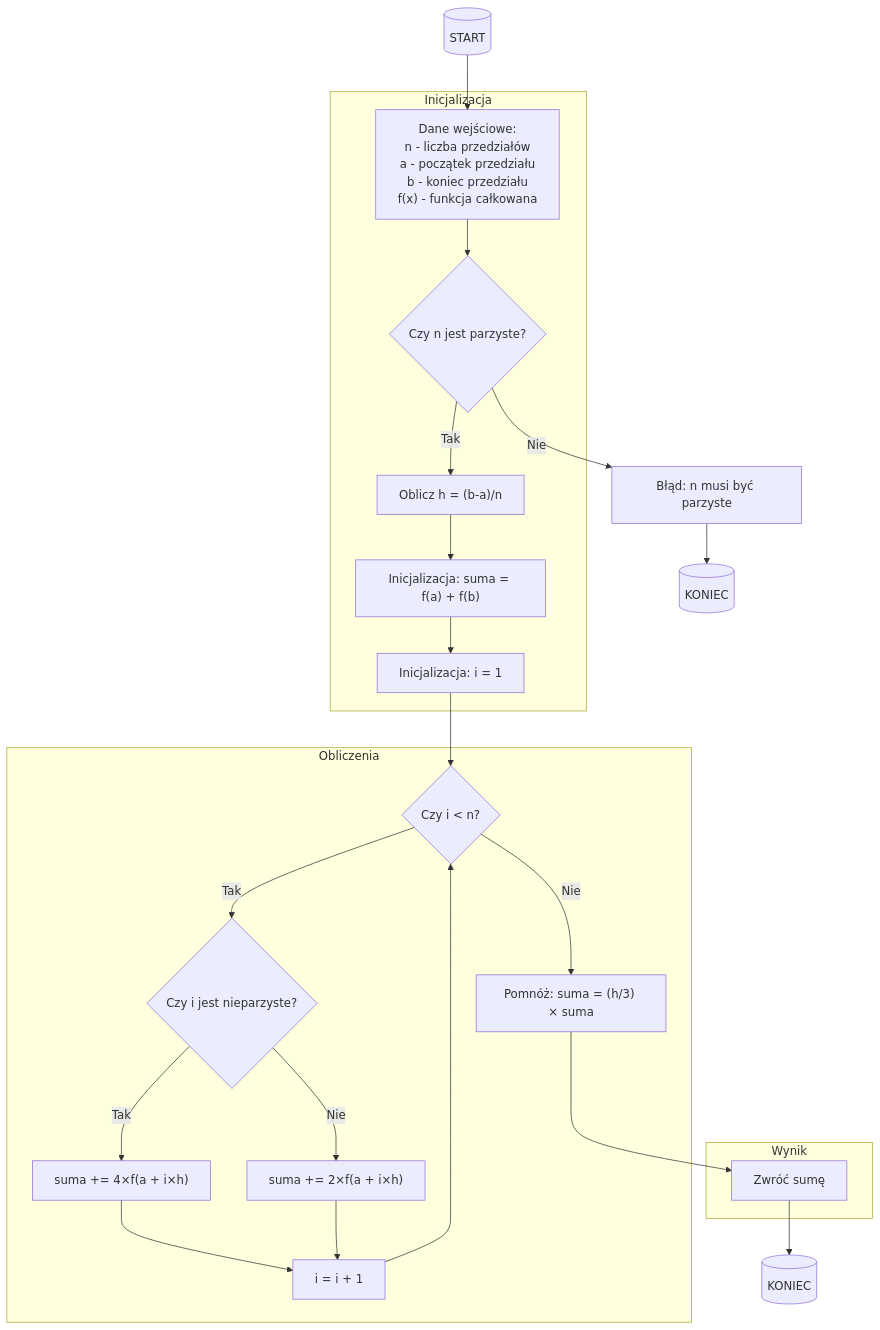
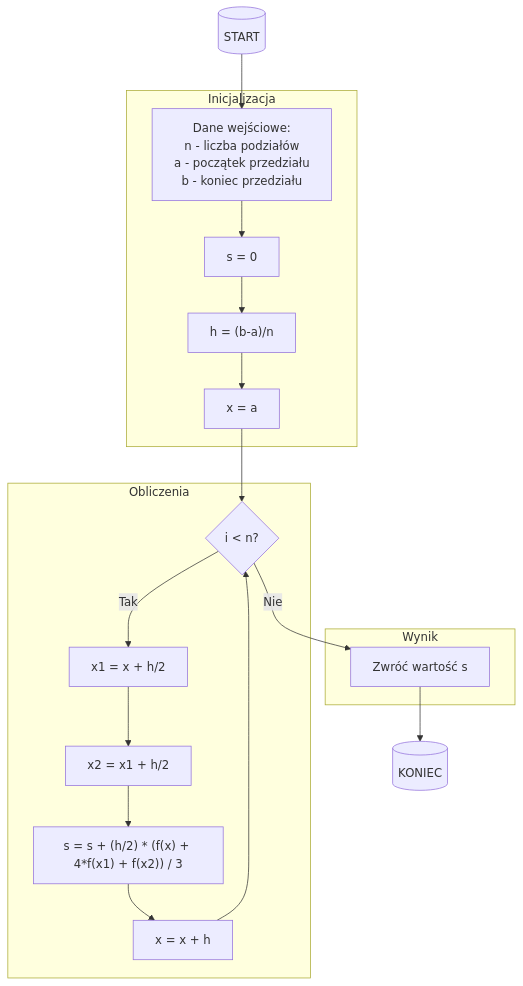
Before and after one commit to Mateuszpietrusinski/algorithms-1: the third of 3 diagrams in AiSD6_C5A/exercise_1/readme.md, drawn with Mermaid. The commit also changed other lines of this file and 2 other files, not shown here.

````diff
--- a/AiSD6_C5A/exercise_1/readme.md
+++ b/AiSD6_C5A/exercise_1/readme.md
@@ -110,62 +80,40 @@
 ```mermaid
 graph TD
     Start[("START")]
-    Input["Dane wejściowe:
-    n - liczba przedziałów
-    a - początek przedziału
-    b - koniec przedziału
-    f(x) - funkcja całkowana"]
-    CheckEven{"Czy n jest parzyste?"}
-    Error["Błąd: n musi być parzyste"]
-    CalcH["Oblicz h = (b-a)/n"]
-    InitSum["Inicjalizacja: suma = f(a) + f(b)"]
-    InitI["Inicjalizacja: i = 1"]
-    CheckI{"Czy i < n?"}
-    CheckOdd{"Czy i jest nieparzyste?"}
-    Add4["suma += 4×f(a + i×h)"]
-    Add2["suma += 2×f(a + i×h)"]
-    IncrI["i = i + 1"]
-    MultH["Pomnóż: suma = (h/3) × suma"]
-    Return["Zwróć sumę"]
     End[("KONIEC")]
-    EndError[("KONIEC")]
-
-    Start --> Input
-    Input --> CheckEven
-    CheckEven -->|Nie| Error
-    Error --> EndError
-    CheckEven -->|Tak| CalcH
-    CalcH --> InitSum
-    InitSum --> InitI
-    InitI --> CheckI
-    CheckI -->|Tak| CheckOdd
-    CheckOdd -->|Tak| Add4
-    CheckOdd -->|Nie| Add2
-    Add4 --> IncrI
-    Add2 --> IncrI
-    IncrI --> CheckI
-    CheckI -->|Nie| MultH
-    MultH --> Return
-    Return --> End
 
     subgraph Inicjalizacja
-        Input
-        CheckEven
-        CalcH
-        InitSum
-        InitI
+        Input["Dane wejściowe:
+        n - liczba podziałów
+        a - początek przedziału
+        b - koniec przedziału"]
+        InitS["s = 0"]
+        CalcH["h = (b-a)/n"]
+        InitX["x = a"]
     end
 
     subgraph Obliczenia
-        CheckI
-        CheckOdd
-        Add4
-        Add2
-        IncrI
-        MultH
+        CheckI{"i < n?"}
+        CalcX1["x1 = x + h/2"]
+        CalcX2["x2 = x1 + h/2"]
+        CalcArea["s = s + (h/2) * (f(x) + 4*f(x1) + f(x2)) / 3"]
+        UpdateX["x = x + h"]
     end
 
     subgraph Wynik
-        Return
+        ReturnS["Zwróć wartość s"]
     end
+
+    Start --> Input
+    Input --> InitS
+    InitS --> CalcH
+    CalcH --> InitX
+    InitX --> CheckI
+    CheckI -->|Tak| CalcX1
+    CalcX1 --> CalcX2
+    CalcX2 --> CalcArea
+    CalcArea --> UpdateX
+    UpdateX --> CheckI
+    CheckI -->|Nie| ReturnS
+    ReturnS --> End
 ```
````
